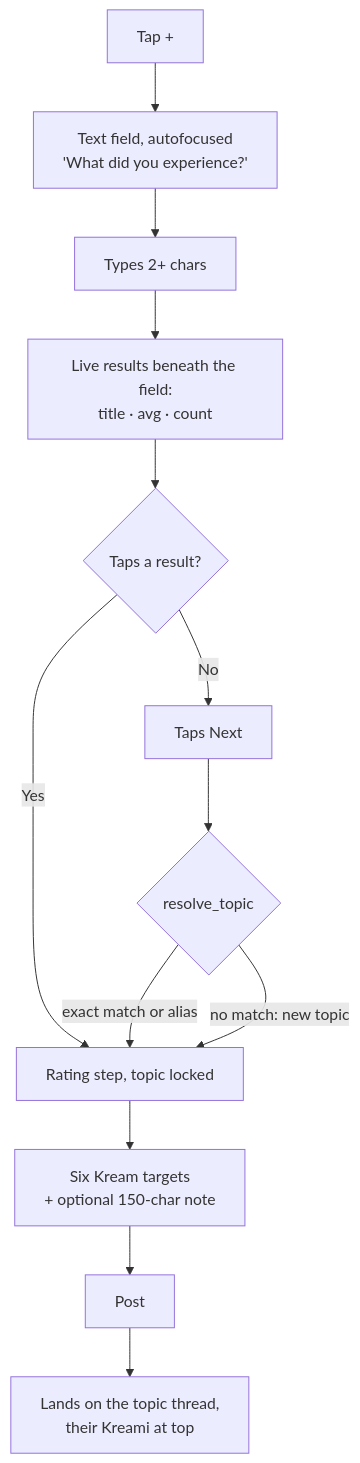
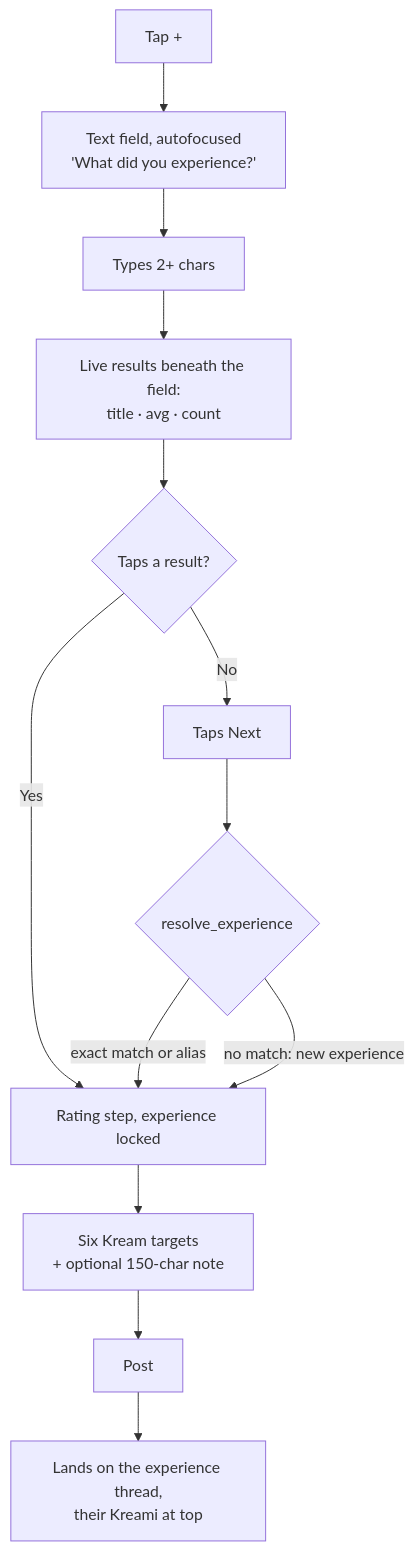
Before and after one commit to FlockCS/kreami: the diagram in docs/08-ux-flows.md, drawn with Mermaid. The commit also changed other lines of this file and 16 other files, not shown here.

````diff
--- a/docs/08-ux-flows.md
+++ b/docs/08-ux-flows.md
@@ -68,15 +68,15 @@
 ```mermaid
 flowchart TD
     A["Tap + "] --> B["Text field, autofocused<br/>'What did you experience?'"]
     B --> C[Types 2+ chars]
     C --> D["Live results beneath the field:<br/>title · avg · count"]
     D --> E{Taps a result?}
-    E -->|Yes| F[Rating step, topic locked]
+    E -->|Yes| F[Rating step, experience locked]
     E -->|No| G[Taps Next]
-    G --> H{resolve_topic}
+    G --> H{resolve_experience}
     H -->|exact match or alias| F
-    H -->|no match: new topic| F
+    H -->|no match: new experience| F
     F --> K["Six Kream targets<br/>+ optional 150-char note"]
     K --> L[Post]
-    L --> M["Lands on the topic thread,<br/>their Kreami at top"]
+    L --> M["Lands on the experience thread,<br/>their Kreami at top"]
 ```
````
